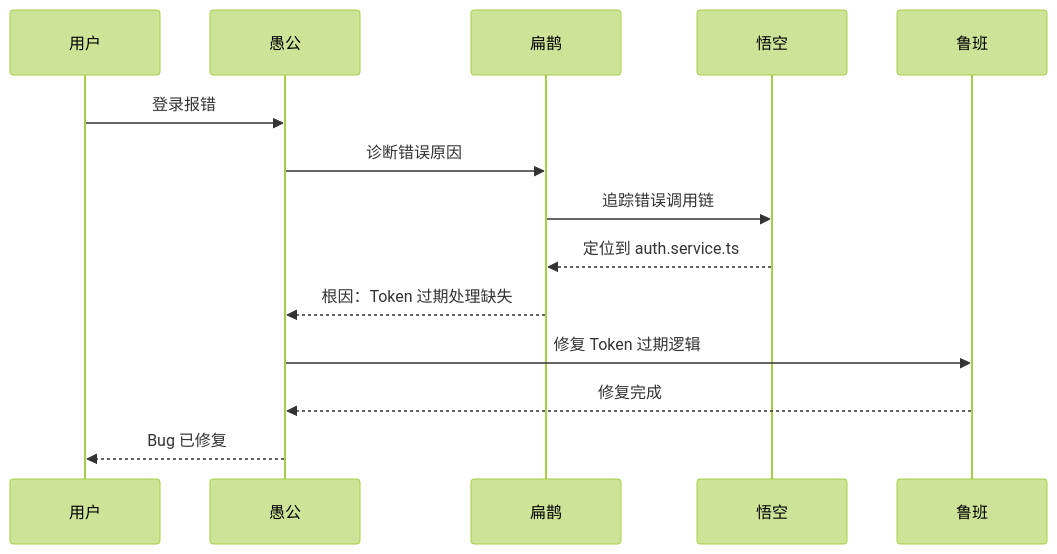
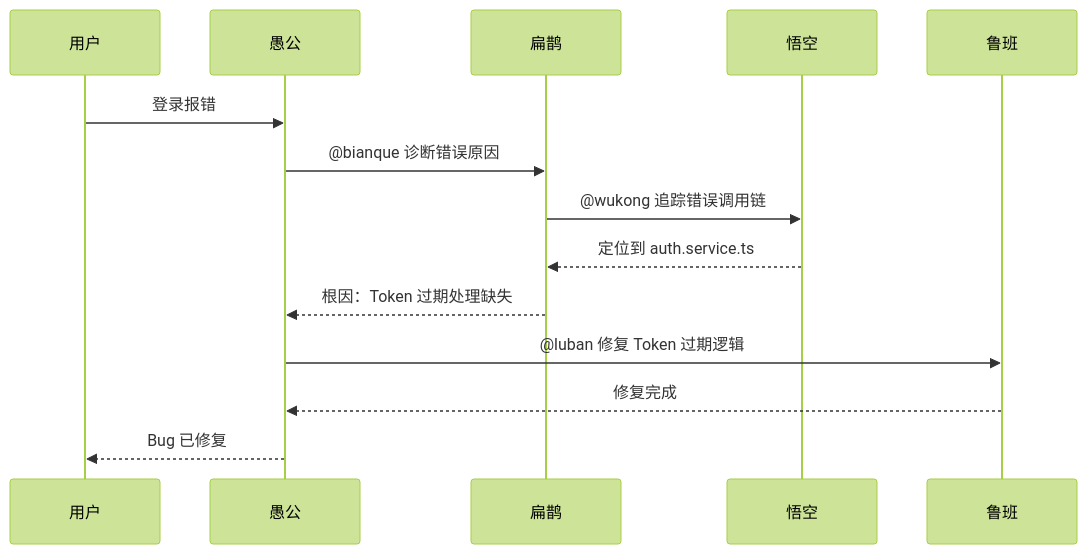
The fourth of 4 diagrams in docs/AGENT_PROTOCOL.md (ZDragon17/oh-my-claude), drawn with Mermaid (forest theme) before and after one commit. The commit also changed other lines of this file and 13 other files, not shown here.

````diff
--- a/docs/AGENT_PROTOCOL.md
+++ b/docs/AGENT_PROTOCOL.md
@@ -77,17 +183,17 @@
 ```mermaid
 sequenceDiagram
     participant 用户
     participant 愚公
     participant 扁鹊
     participant 悟空
     participant 鲁班
 
     用户->>愚公: 登录报错
-    愚公->>扁鹊: 诊断错误原因
-    扁鹊->>悟空: 追踪错误调用链
+    愚公->>扁鹊: @bianque 诊断错误原因
+    扁鹊->>悟空: @wukong 追踪错误调用链
     悟空-->>扁鹊: 定位到 auth.service.ts
     扁鹊-->>愚公: 根因：Token 过期处理缺失
-    愚公->>鲁班: 修复 Token 过期逻辑
+    愚公->>鲁班: @luban 修复 Token 过期逻辑
     鲁班-->>愚公: 修复完成
     愚公-->>用户: Bug 已修复
 ```
````
